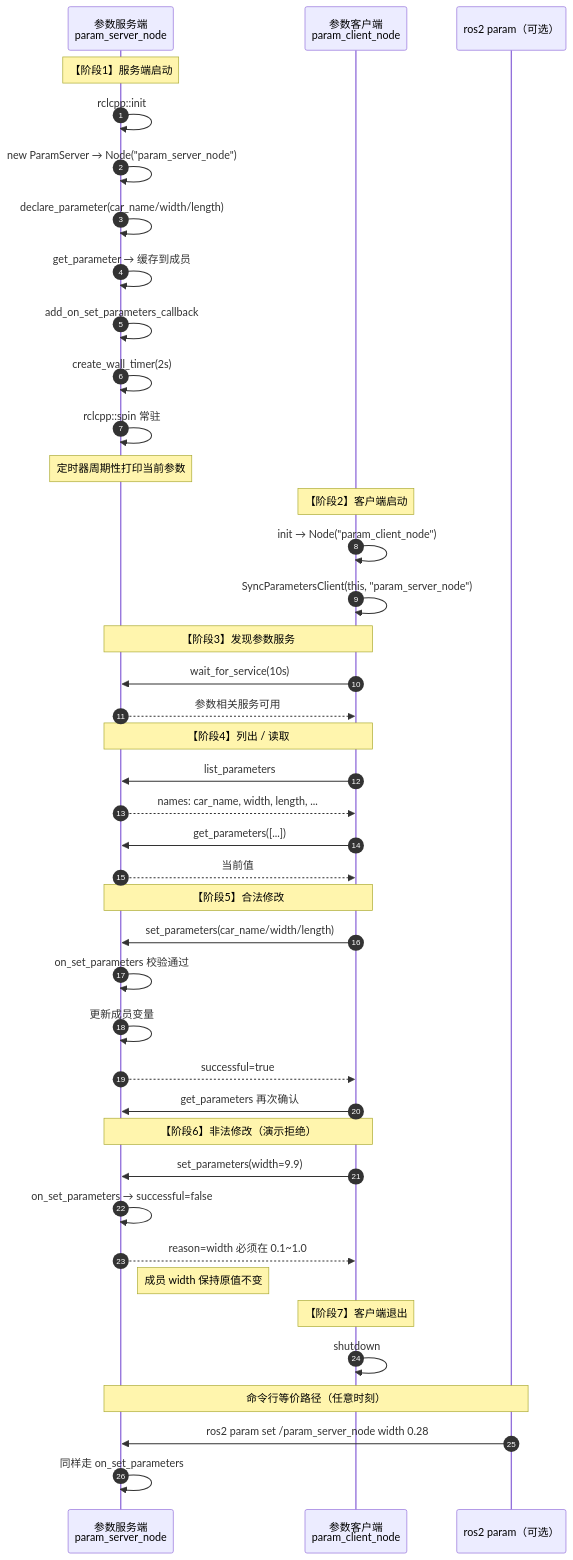
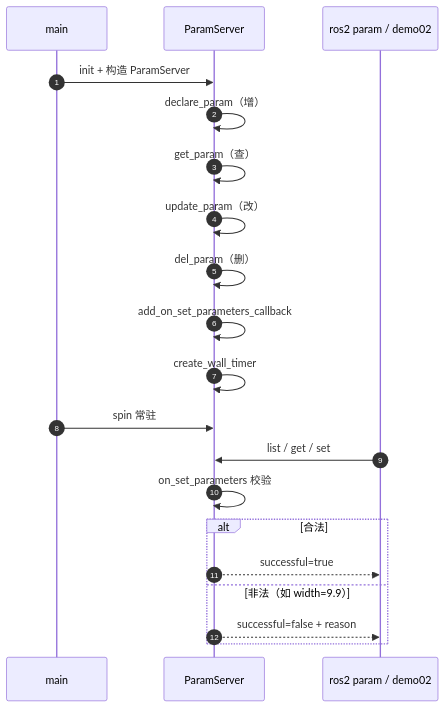
The first of 2 diagrams in ws01_plumbing/src/cpp04_param/Param调用过程详解.md (Lemo-Code/zero-infra), drawn with Mermaid before and after one commit. The commit also changed other lines of this file and 5 other files, not shown here.

````diff
--- a/ws01_plumbing/src/cpp04_param/Param调用过程详解.md
+++ b/ws01_plumbing/src/cpp04_param/Param调用过程详解.md
@@ -87,52 +90,24 @@
 ```mermaid
 sequenceDiagram
     autonumber
-    participant S as 参数服务端<br/>param_server_node
-    participant C as 参数客户端<br/>param_client_node
-    participant CLI as ros2 param（可选）
+    participant Main as main
+    participant S as ParamServer
+    participant CLI as ros2 param / demo02
 
-    Note over S: 【阶段1】服务端启动
-    S->>S: rclcpp::init
-    S->>S: new ParamServer → Node("param_server_node")
-    S->>S: declare_parameter(car_name/width/length)
-    S->>S: get_parameter → 缓存到成员
+    Main->>S: init + 构造 ParamServer
+    S->>S: declare_param（增）
+    S->>S: get_param（查）
+    S->>S: update_param（改）
+    S->>S: del_param（删）
     S->>S: add_on_set_parameters_callback
-    S->>S: create_wall_timer(2s)
-    S->>S: rclcpp::spin 常驻
+    S->>S: create_wall_timer
+    Main->>S: spin 常驻
 
-    Note over S: 定时器周期性打印当前参数
-
-    Note over C: 【阶段2】客户端启动
-    C->>C: init → Node("param_client_node")
-    C->>C: SyncParametersClient(this, "param_server_node")
-
-    Note over C,S: 【阶段3】发现参数服务
-    C->>S: wait_for_service(10s)
-    S-->>C: 参数相关服务可用
-
-    Note over C,S: 【阶段4】列出 / 读取
-    C->>S: list_parameters
-    S-->>C: names: car_name, width, length, ...
-    C->>S: get_parameters([...])
-    S-->>C: 当前值
-
-    Note over C,S: 【阶段5】合法修改
-    C->>S: set_parameters(car_name/width/length)
-    S->>S: on_set_parameters 校验通过
-    S->>S: 更新成员变量
-    S-->>C: successful=true
-    C->>S: get_parameters 再次确认
-
-    Note over C,S: 【阶段6】非法修改（演示拒绝）
-    C->>S: set_parameters(width=9.9)
-    S->>S: on_set_parameters → successful=false
-    S-->>C: reason=width 必须在 0.1~1.0
-    Note right of S: 成员 width 保持原值不变
-
-    Note over C: 【阶段7】客户端退出
-    C->>C: shutdown
-
-    Note over CLI,S: 命令行等价路径（任意时刻）
-    CLI->>S: ros2 param set /param_server_node width 0.28
-    S->>S: 同样走 on_set_parameters
+    CLI->>S: list / get / set
+    S->>S: on_set_parameters 校验
+    alt 合法
+        S-->>CLI: successful=true
+    else 非法（如 width=9.9）
+        S-->>CLI: successful=false + reason
+    end
 ```
````
